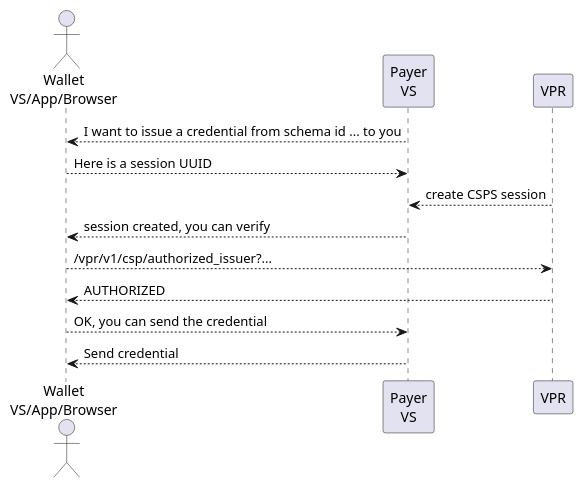
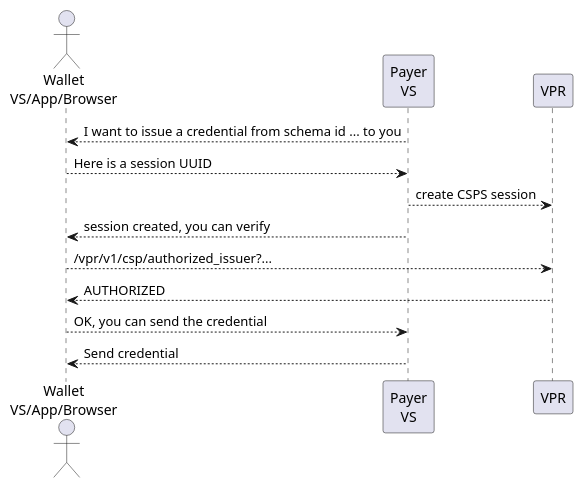
One commit to verana-labs/verifiable-trust-vpr-spec changed the seventh of 12 diagrams in spec.md. Above: the diagram before and after it, drawn with PlantUML. The commit also changed other lines of this file and 1 other file, not shown here.

Commit message:
removed automatic creation of a default CSP when creating a Credential Schema

````diff
--- a/spec.md
+++ b/spec.md
@@ -2107,17 +2097,17 @@
 ```plantuml
 scale max 800 width
 actor "Wallet\nVS/App/Browser" as Issued 
 participant "Payer\nVS" as Issuer 
 participant "VPR" as vpr 
 
 
 Issued <-- Issuer: I want to issue a credential from schema id ... to you
 Issued --> Issuer: Here is a session UUID
-Issuer <-- vpr: create CSPS session
+Issuer --> vpr: create CSPS session
 Issued <-- Issuer: session created, you can verify
 Issued --> vpr: /vpr/v1/csp/authorized_issuer?...
 Issued <-- vpr: AUTHORIZED
 Issued --> Issuer: OK, you can send the credential
 Issued <-- Issuer: Send credential
 
 ```
````
